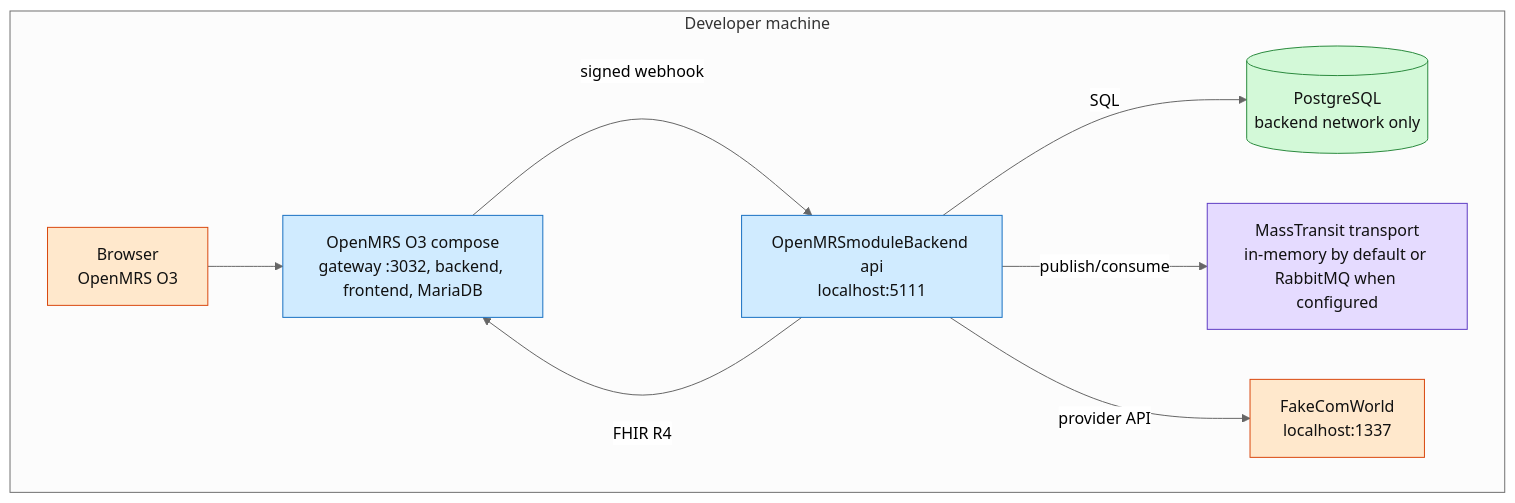
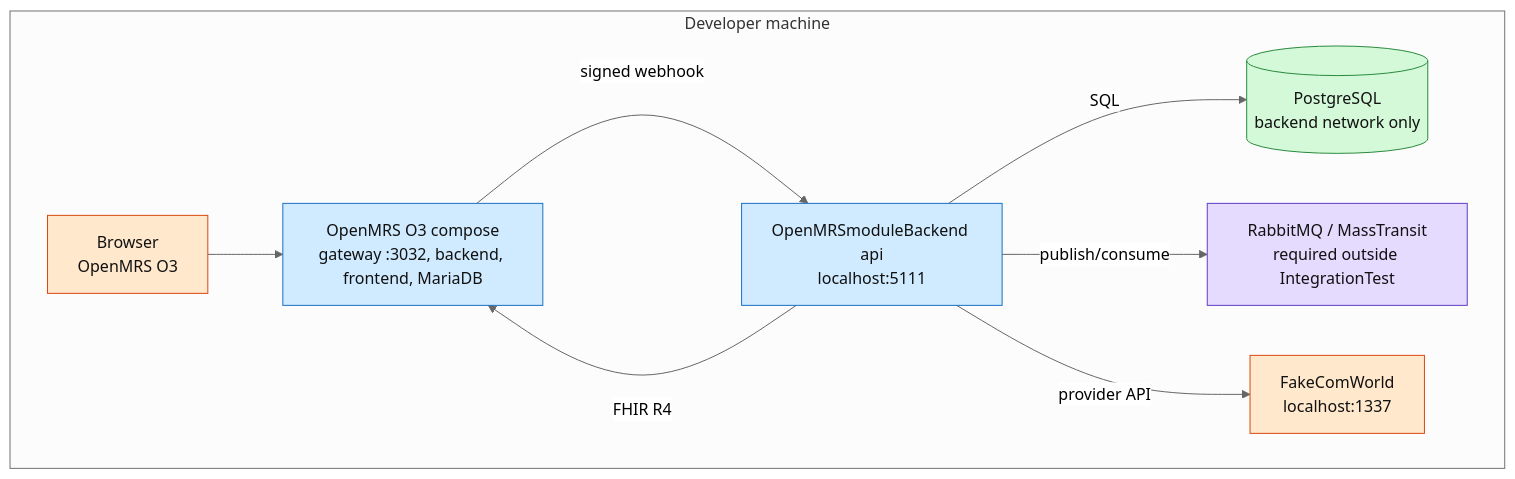
The first of 2 diagrams in docs/c4/09-deployment.md (Rishyansyal/OpenMRSmoduleBackend), drawn with Mermaid (neutral theme) before and after one commit. The commit also changed other lines of this file and 36 other files, not shown here.

````diff
--- a/docs/c4/09-deployment.md
+++ b/docs/c4/09-deployment.md
@@ -7,24 +7,24 @@
 ```mermaid
 flowchart TB
     classDef host fill:#f8f9fa,stroke:#495057,color:#111
     classDef container fill:#d0ebff,stroke:#1971c2,color:#111
     classDef db fill:#d3f9d8,stroke:#2b8a3e,color:#111
     classDef queue fill:#e5dbff,stroke:#5f3dc4,color:#111
     classDef ext fill:#ffe8cc,stroke:#d9480f,color:#111
 
     subgraph host["Developer machine"]
         browser["Browser<br/>OpenMRS O3"]:::ext
         fake["FakeComWorld<br/>localhost:1337"]:::ext
         openmrs["OpenMRS O3 compose<br/>gateway :3032, backend, frontend, MariaDB"]:::container
         api["OpenMRSmoduleBackend api<br/>localhost:5111"]:::container
         pg[("PostgreSQL<br/>backend network only")]:::db
-        bus["MassTransit transport<br/>in-memory by default or RabbitMQ when configured"]:::queue
+        bus["RabbitMQ / MassTransit<br/>required outside IntegrationTest"]:::queue
     end
 
     browser --> openmrs
     openmrs -->|"signed webhook"| api
     api -->|"FHIR R4"| openmrs
     api -->|"SQL"| pg
     api -->|"publish/consume"| bus
     api -->|"provider API"| fake
 ```
````
